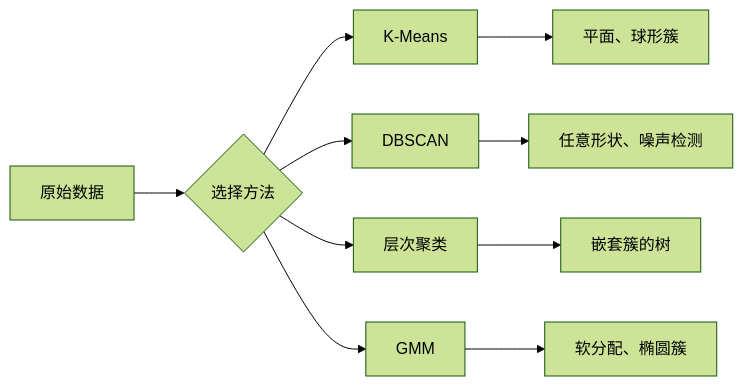
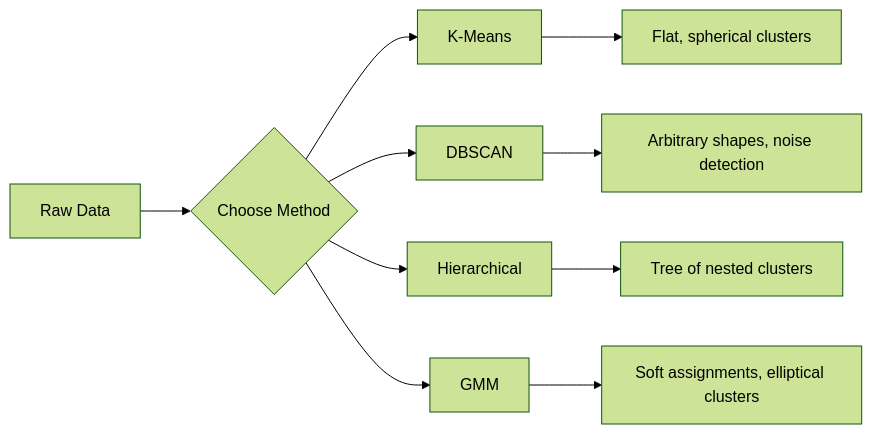
The diagram in i18n/zh/phases/02-ml-fundamentals/07-unsupervised-learning/docs/zh.md (xiaojiaenen/ai-engineering-from-scratch-zh), drawn with Mermaid (forest theme) before and after one commit. The commit also changed other lines of this file and 18 other files, not shown here.

````diff
--- a/i18n/zh/phases/02-ml-fundamentals/07-unsupervised-learning/docs/zh.md
+++ b/i18n/zh/phases/02-ml-fundamentals/07-unsupervised-learning/docs/zh.md
@@ -31,12 +31,12 @@
 ```mermaid
 flowchart LR
-    A[原始数据] --> B{选择方法}
+    A[Raw Data] --> B{Choose Method}
     B --> C[K-Means]
     B --> D[DBSCAN]
-    B --> E[层次聚类]
+    B --> E[Hierarchical]
     B --> F[GMM]
-    C --> G[平面、球形簇]
-    D --> H[任意形状、噪声检测]
-    E --> I[嵌套簇的树]
-    F --> J[软分配、椭圆簇]
+    C --> G[Flat, spherical clusters]
+    D --> H[Arbitrary shapes, noise detection]
+    E --> I[Tree of nested clusters]
+    F --> J[Soft assignments, elliptical clusters]
 ```
````
